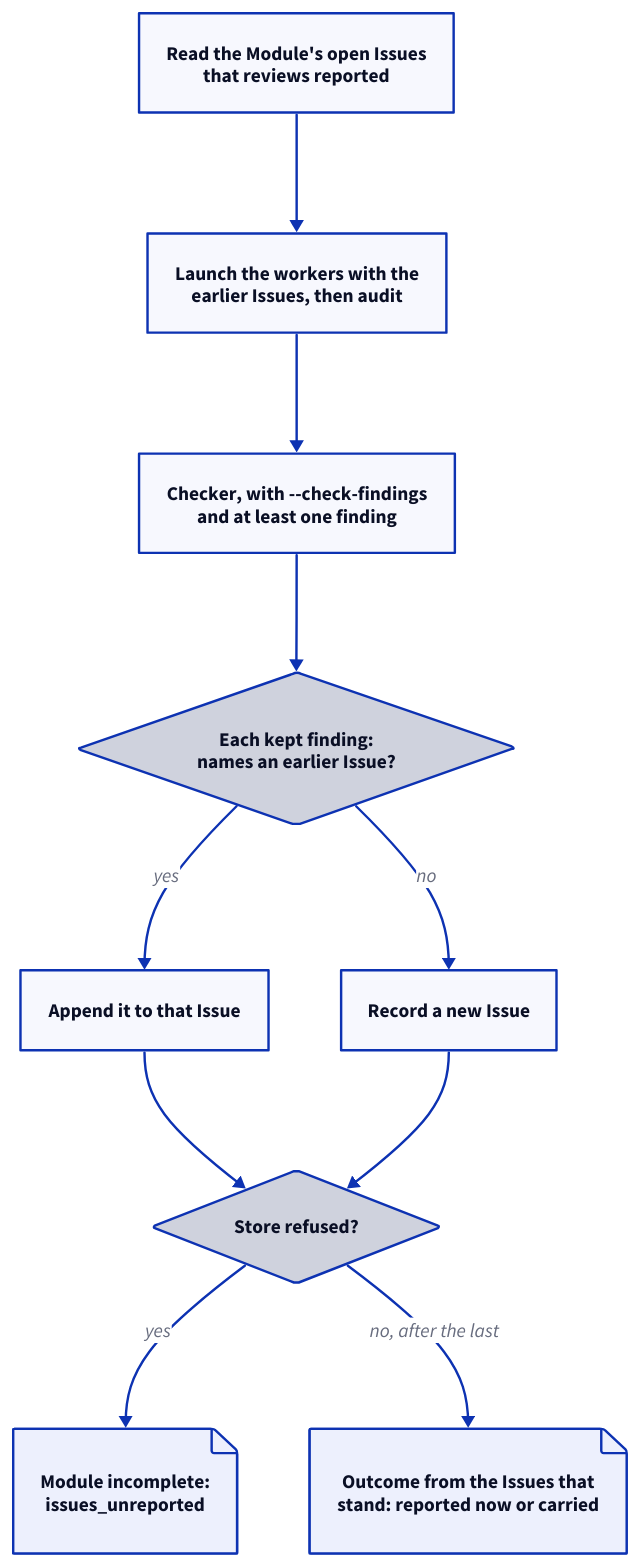
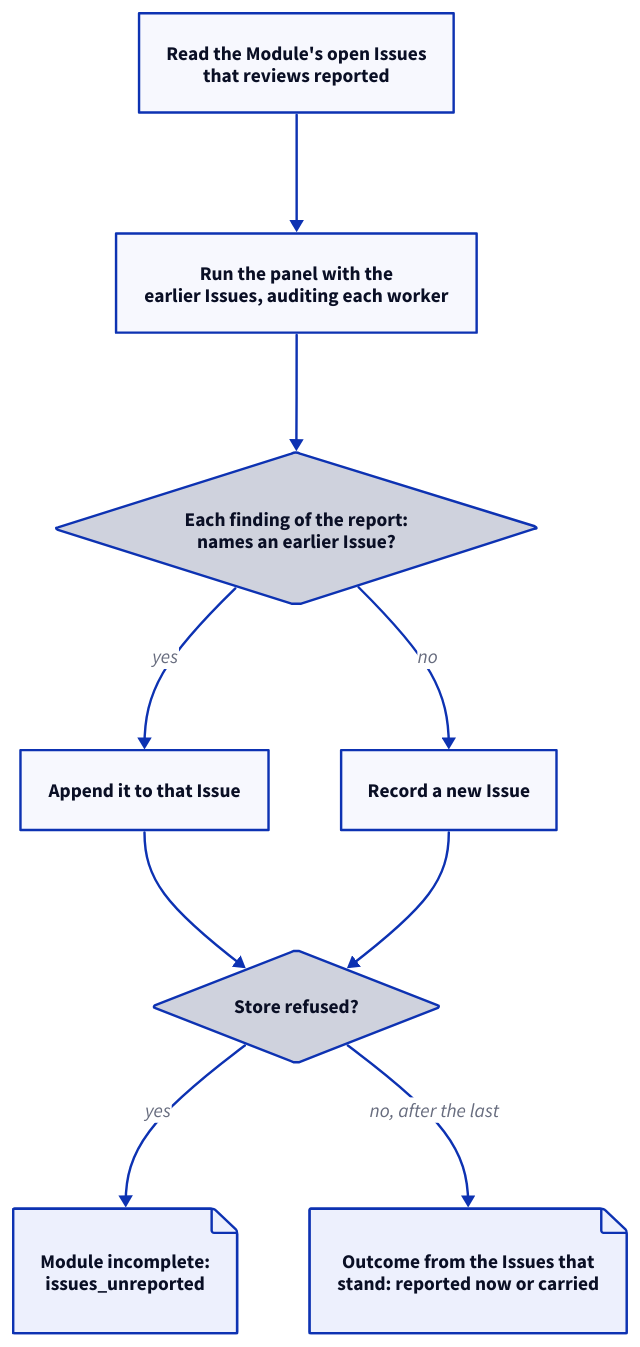
The third of 4 diagrams in specs/concorde/method/spec-review/module.md (FTOD/concorde), drawn with D2 before and after one commit. The commit also changed other lines of this file and 61 other files, not shown here.

````diff
--- a/specs/concorde/method/spec-review/module.md
+++ b/specs/concorde/method/spec-review/module.md
@@ -419,20 +356,19 @@
 ```d2 illustrative
 direction: down
 read: "Read the Module's open Issues\nthat reviews reported"
-launch: "Launch the workers with the\nearlier Issues, then audit"
-check: "Checker, with --check-findings\nand at least one finding"
-match: "Each kept finding:\nnames an earlier Issue?" {shape: diamond}
+launch: "Run the panel with the\nearlier Issues, auditing each worker"
+match: "Each finding of the report:\nnames an earlier Issue?" {shape: diamond}
 append: "Append it to that Issue"
 create: "Record a new Issue"
 failed: "Store refused?" {shape: diamond}
 outcome: "Outcome from the Issues that\nstand: reported now or carried" {shape: page}
 unreported: "Module incomplete:\nissues_unreported" {shape: page}
 
-read -> launch -> check -> match
+read -> launch -> match
 match -> append: yes
 match -> create: no
 append -> failed
 create -> failed
 failed -> unreported: yes
 failed -> outcome: "no, after the last"
 ```
````
